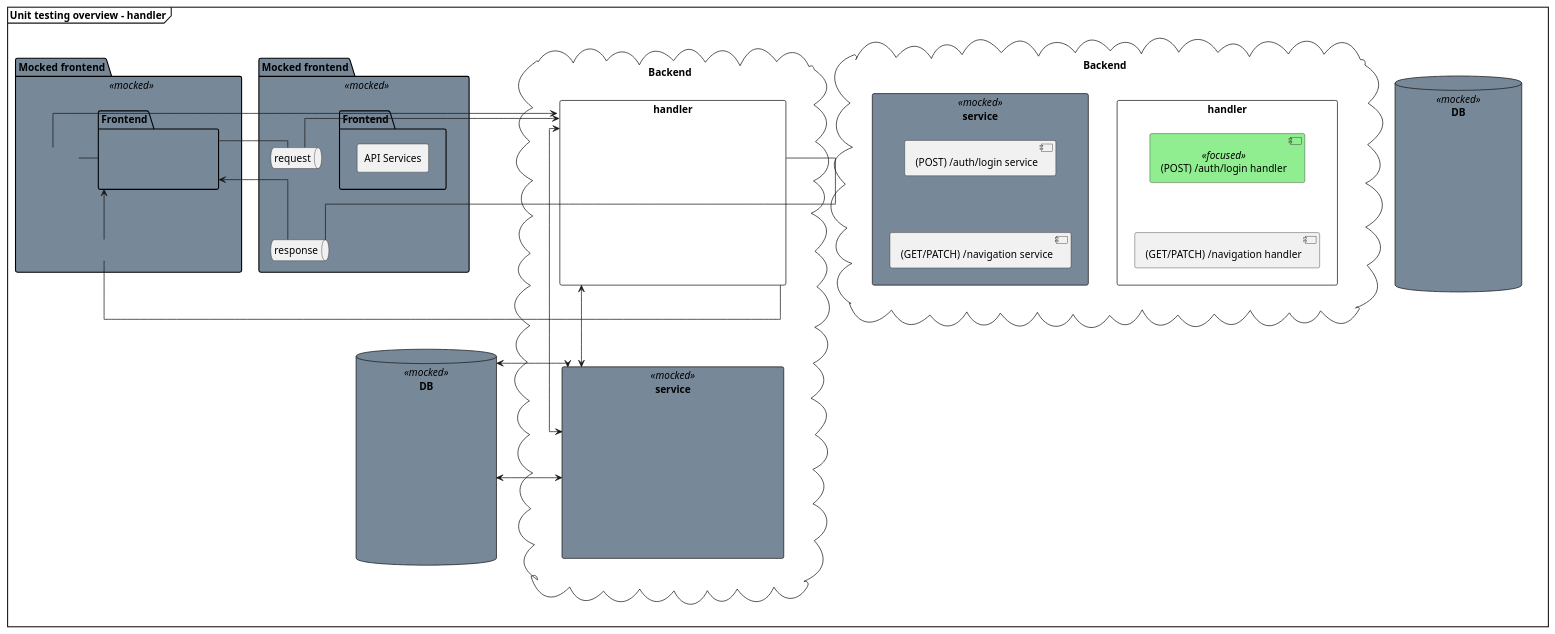
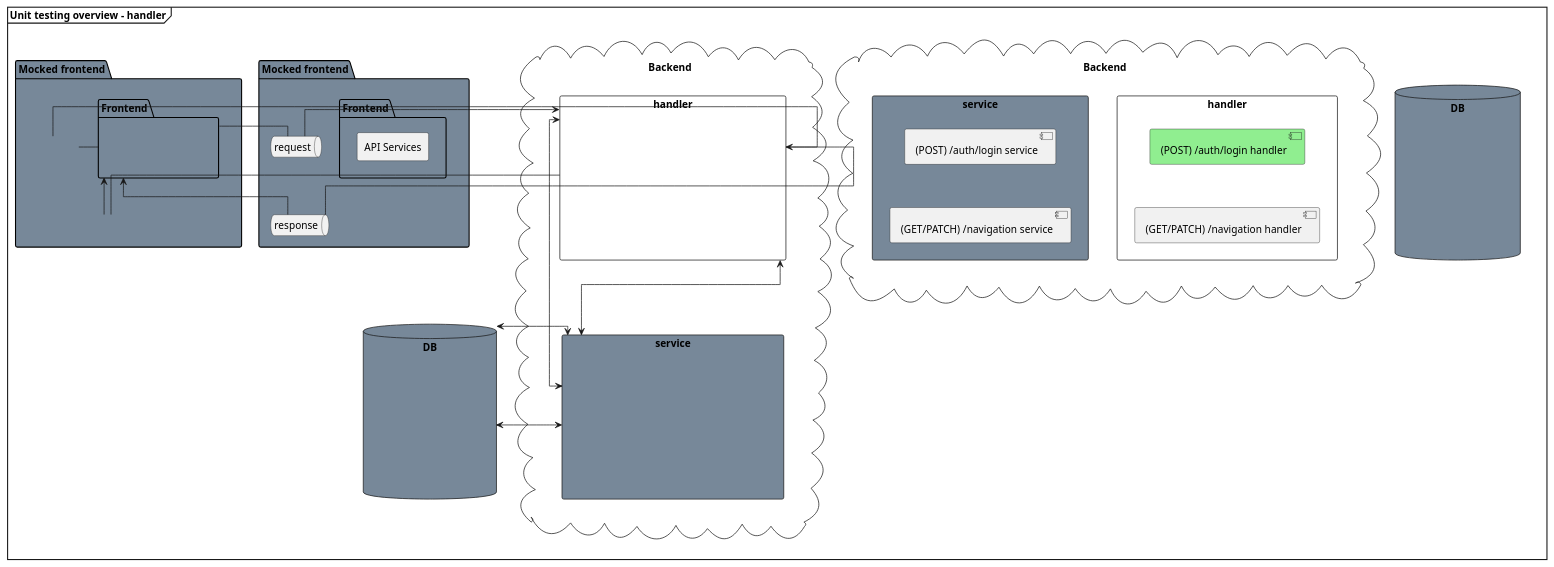
The diagram in docs/backend/2_unit_test_overview.pu (phoi5675/jest-example), drawn with PlantUML before and after one commit. The commit also changed 4 other files, not shown here.

Commit message:
Hide skinparam name(stereotype) in diagrams

```diff
--- a/docs/backend/2_unit_test_overview.pu
+++ b/docs/backend/2_unit_test_overview.pu
@@ -1,75 +1,76 @@
 @startuml 2_unit_test_overview
 mainframe **Unit testing overview - handler**
+hide stereotype
 
 skinparam linetype ortho
 skinparam <<transparent>> {
   ComponentStyle rectangle
   ComponentFontColor transparent
   ComponentBackgroundColor transparent
   ComponentBorderColor transparent
 }
 
 skinparam package  {
   BackgroundColor<<mocked>> LightSlateGray
 }
 
 skinparam rectangle {
   BackgroundColor<<mocked>> LightSlateGray
 }
 
 skinparam database {
   BackgroundColor<<mocked>> LightSlateGray
 }
 
 skinparam component {
   BackgroundColor<<focused>> LightGreen
 }
 
 skinparam DefaultTextAlignment left
 
 package "Mocked frontend" <<mocked>> AS mocked_frontend {
   package Frontend {
     rectangle "API Services" AS api_services 
   }
 
   queue "request"
   queue "response"
 }
 
 cloud Backend {
   rectangle handler {
     component "(POST) /auth/login handler" <<focused>> AS login_handler
     component "(GET/PATCH) /navigation handler" AS nav_handler
 
     login_handler -down[hidden]- nav_handler
   }
   rectangle service <<mocked>> {
     component "(POST) /auth/login service" AS login_service
     component "(GET/PATCH) /navigation service" AS nav_service
 
     login_service -down[hidden]- nav_service
   }
 }
 
 database DB <<mocked>> {
   component trasparent1 <<transparent>>
   component transparent2 <<transparent>>
 
   trasparent1 -down[hidden]- transparent2
 }
 
 request -down[hidden]- response
 
 Frontend - request
 handler <- request
 
 Frontend <- response
 handler -right- response
 
 Frontend -right[hidden]- Backend
 Backend -right[hidden]- DB
 service <-right-> DB
 
 handler <----> service
 
 @enduml
```
